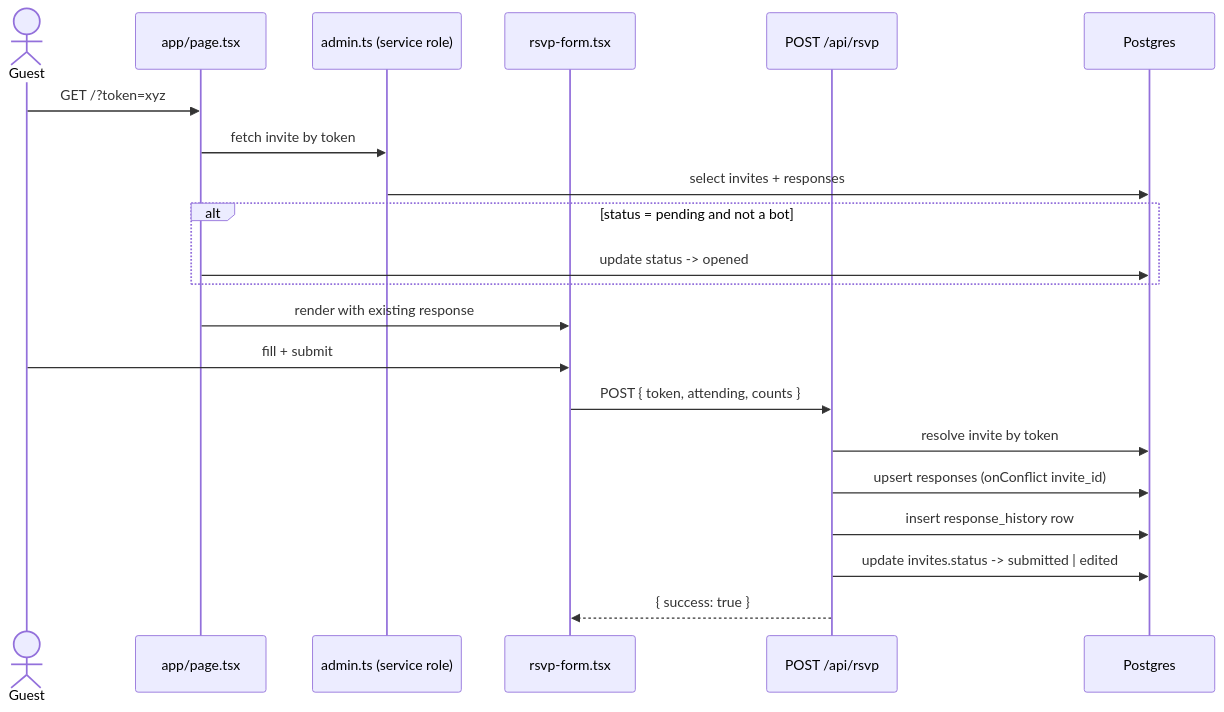
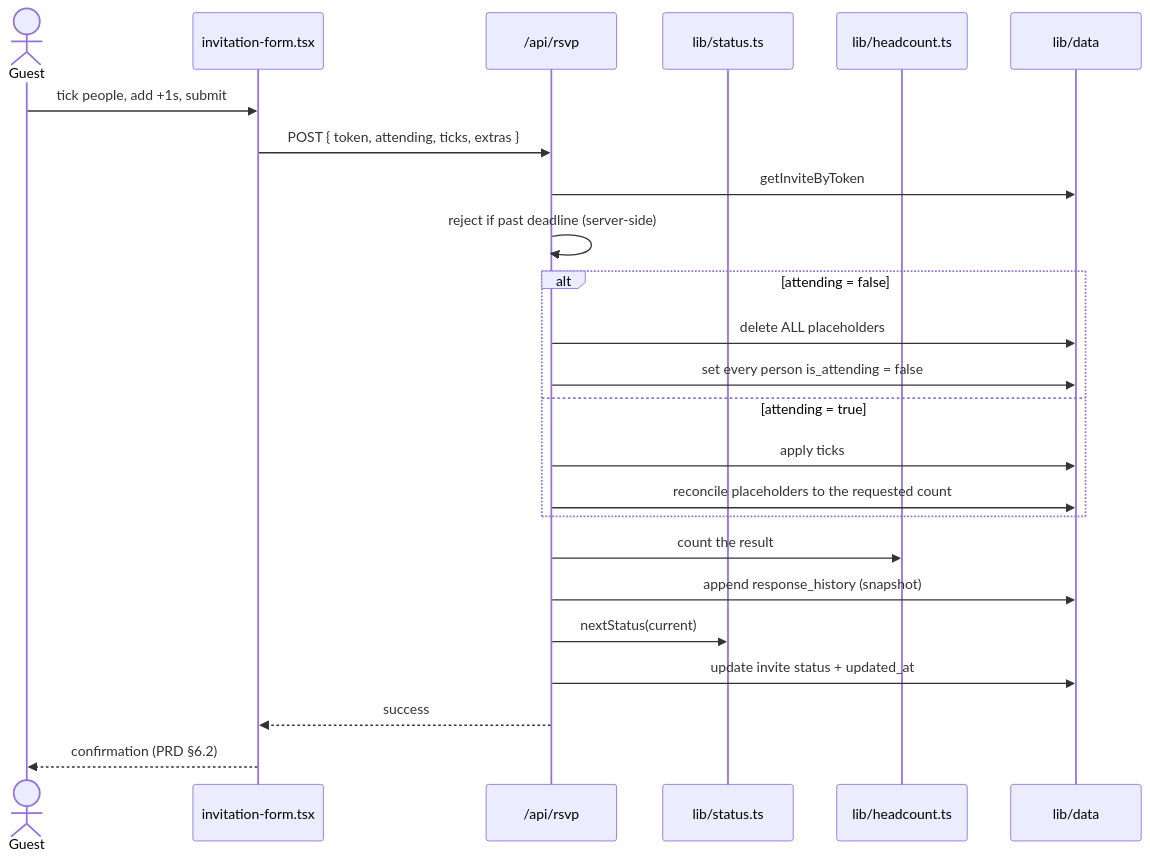
The third of 7 diagrams in docs/architecture.md (DmitriPer/weddingRsvp), drawn with Mermaid before and after one commit. The commit also changed other lines of this file and 43 other files, not shown here.

First line of the commit message:
Add backend: lib modules, data layer, and API routes

````diff
--- a/docs/architecture.md
+++ b/docs/architecture.md
@@ -96,24 +172,27 @@
 ```mermaid
 sequenceDiagram
-    actor Guest
-    participant Page as app/page.tsx
-    participant Admin as admin.ts (service role)
-    participant Form as rsvp-form.tsx
-    participant Api as POST /api/rsvp
-    participant DB as Postgres
+    actor G as Guest
+    participant F as invitation-form.tsx
+    participant API as /api/rsvp
+    participant S as lib/status.ts
+    participant H as lib/headcount.ts
+    participant D as lib/data
 
-    Guest->>Page: GET /?token=xyz
-    Page->>Admin: fetch invite by token
-    Admin->>DB: select invites + responses
-    alt status = pending and not a bot
-        Page->>DB: update status -> opened
+    G->>F: tick people, add +1s, submit
+    F->>API: POST { token, attending, ticks, extras }
+    API->>D: getInviteByToken
+    API->>API: reject if past deadline (server-side)
+    alt attending = false
+        API->>D: delete ALL placeholders
+        API->>D: set every person is_attending = false
+    else attending = true
+        API->>D: apply ticks
+        API->>D: reconcile placeholders to the requested count
     end
-    Page->>Form: render with existing response
-    Guest->>Form: fill + submit
-    Form->>Api: POST { token, attending, counts }
-    Api->>DB: resolve invite by token
-    Api->>DB: upsert responses (onConflict invite_id)
-    Api->>DB: insert response_history row
-    Api->>DB: update invites.status -> submitted | edited
-    Api-->>Form: { success: true }
+    API->>H: count the result
+    API->>D: append response_history (snapshot)
+    API->>S: nextStatus(current)
+    API->>D: update invite status + updated_at
+    API-->>F: success
+    F-->>G: confirmation (PRD §6.2)
 ```
````
